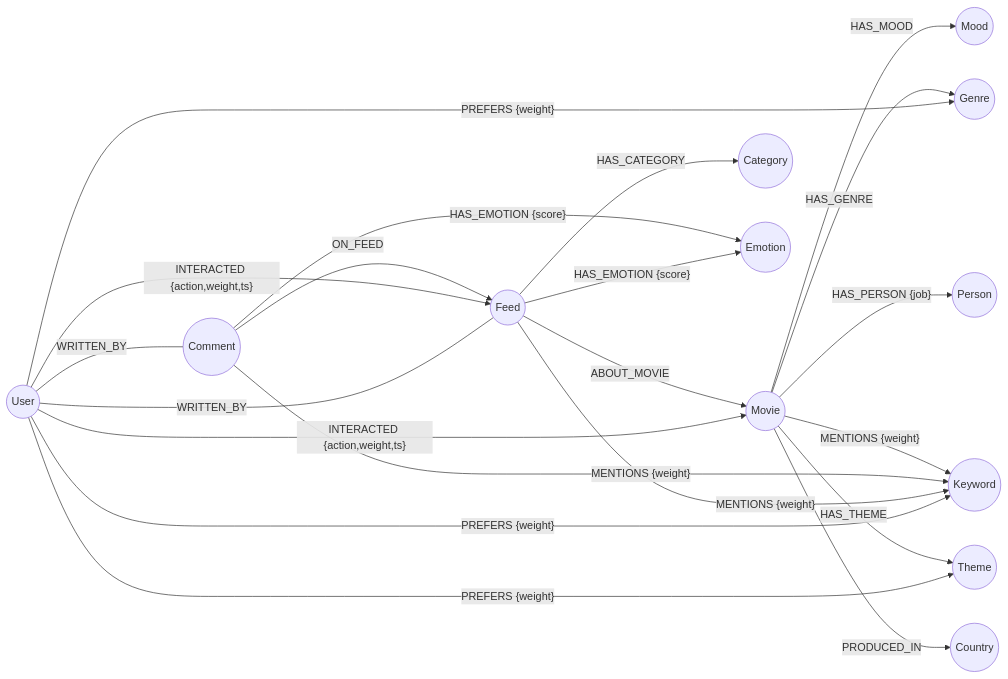
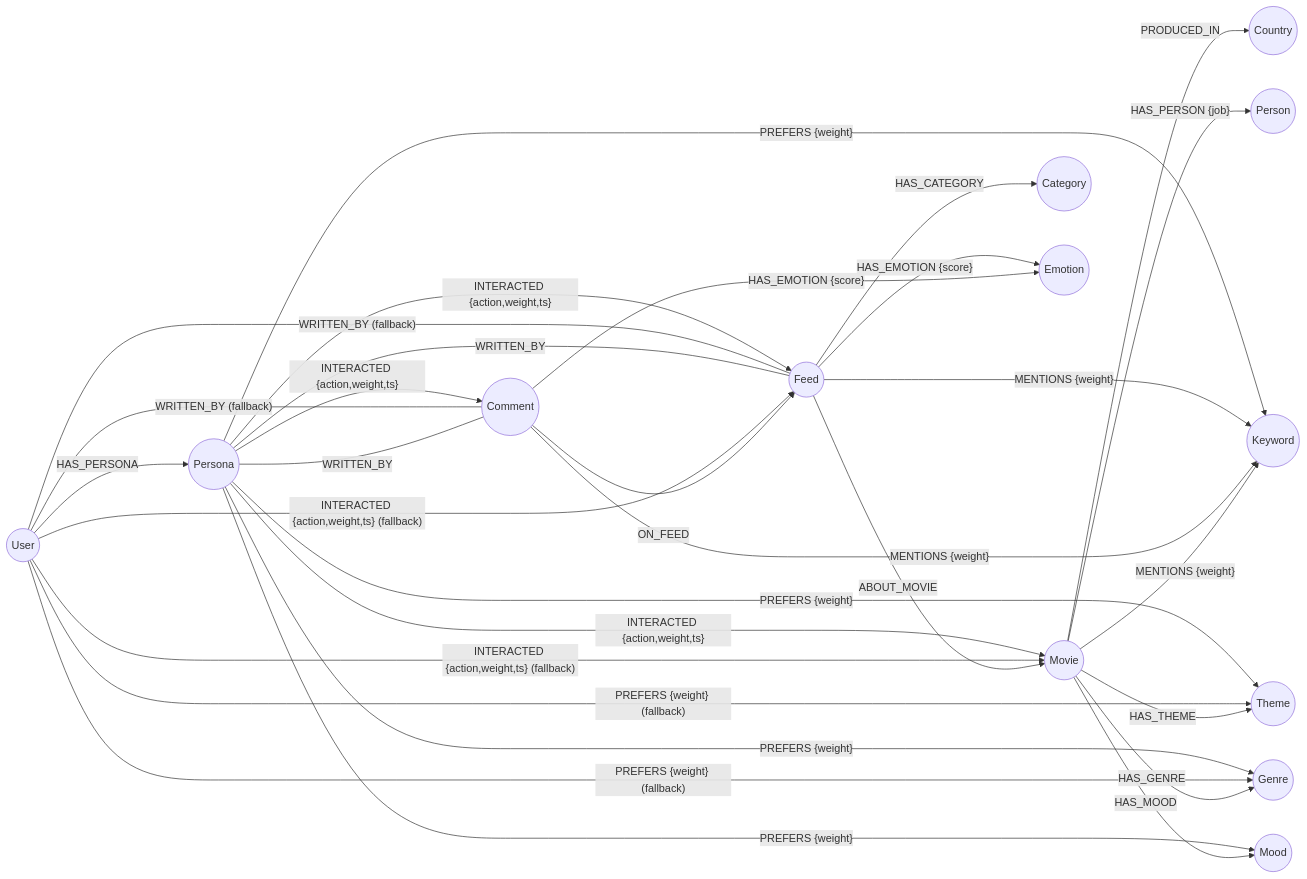
One commit to kakao4-KAKAMU/KAKAMU_DE changed the first of 3 diagrams in docs/neo4j_schema.md. Above: the diagram before and after it, drawn with Mermaid. The commit also changed other lines of this file and 9 other files, not shown here.

````diff
--- a/docs/neo4j_schema.md
+++ b/docs/neo4j_schema.md
@@ -11,39 +11,51 @@
 ```mermaid
 flowchart LR
     User(("User"))
+    Persona(("Persona"))
     Feed(("Feed"))
     Comment(("Comment"))
     Movie(("Movie"))
     Genre(("Genre"))
     Theme(("Theme"))
     Mood(("Mood"))
     Keyword(("Keyword"))
     Category(("Category"))
     Emotion(("Emotion"))
     Person(("Person"))
     Country(("Country"))
 
-    User -- "WRITTEN_BY" --- Feed
-    User -- "WRITTEN_BY" --- Comment
-    User -- "PREFERS {weight}" --> Genre
-    User -- "PREFERS {weight}" --> Theme
-    User -- "PREFERS {weight}" --> Keyword
-    User -- "INTERACTED {action,weight,ts}" --> Movie
-    User -- "INTERACTED {action,weight,ts}" --> Feed
+    User -- "HAS_PERSONA" --> Persona
+    Persona -- "PREFERS {weight}" --> Genre
+    Persona -- "PREFERS {weight}" --> Theme
+    Persona -- "PREFERS {weight}" --> Mood
+    Persona -- "PREFERS {weight}" --> Keyword
+    Persona -- "INTERACTED {action,weight,ts}" --> Movie
+    Persona -- "INTERACTED {action,weight,ts}" --> Feed
+    Persona -- "INTERACTED {action,weight,ts}" --> Comment
+
+    User -- "WRITTEN_BY (fallback)" --- Feed
+    User -- "WRITTEN_BY (fallback)" --- Comment
+    Persona -- "WRITTEN_BY" --- Feed
+    Persona -- "WRITTEN_BY" --- Comment
+
+    User -- "PREFERS {weight} (fallback)" --> Genre
+    User -- "PREFERS {weight} (fallback)" --> Theme
+    User -- "INTERACTED {action,weight,ts} (fallback)" --> Movie
+    User -- "INTERACTED {action,weight,ts} (fallback)" --> Feed
 
     Feed -- "ABOUT_MOVIE" --> Movie
     Feed -- "HAS_CATEGORY" --> Category
     Feed -- "HAS_EMOTION {score}" --> Emotion
     Feed -- "MENTIONS {weight}" --> Keyword
 
     Comment -- "ON_FEED" --> Feed
     Comment -- "HAS_EMOTION {score}" --> Emotion
     Comment -- "MENTIONS {weight}" --> Keyword
 
     Movie -- "HAS_GENRE" --> Genre
     Movie -- "HAS_THEME" --> Theme
     Movie -- "HAS_MOOD" --> Mood
     Movie -- "MENTIONS {weight}" --> Keyword
     Movie -- "HAS_PERSON {job}" --> Person
     Movie -- "PRODUCED_IN" --> Country
 ```
````
